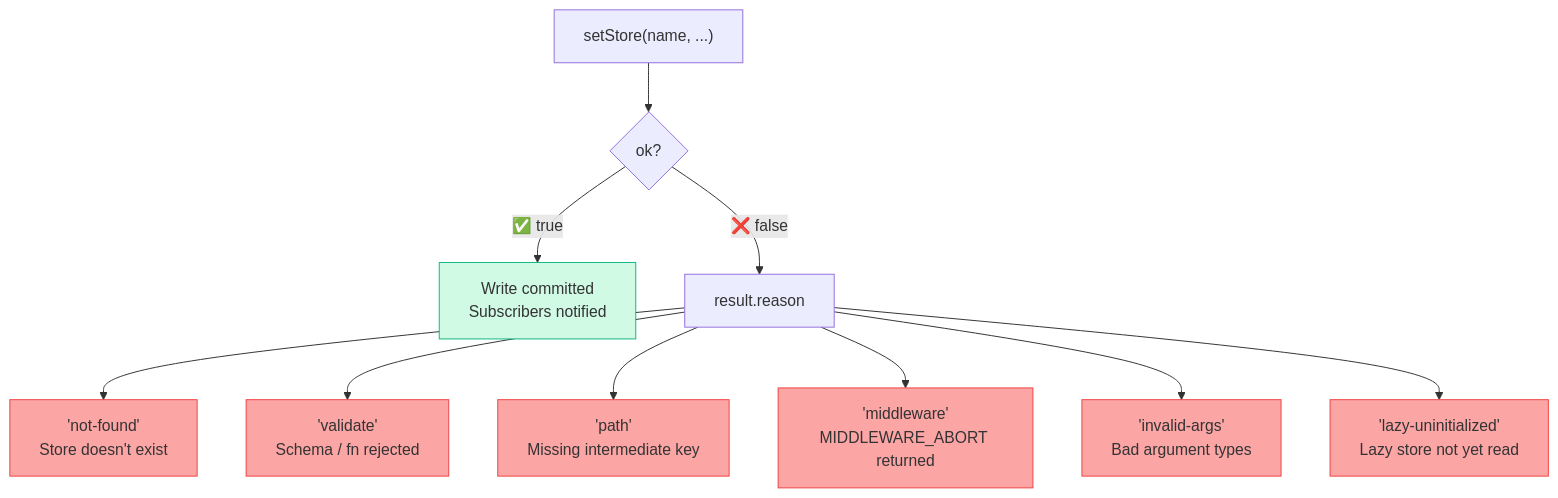
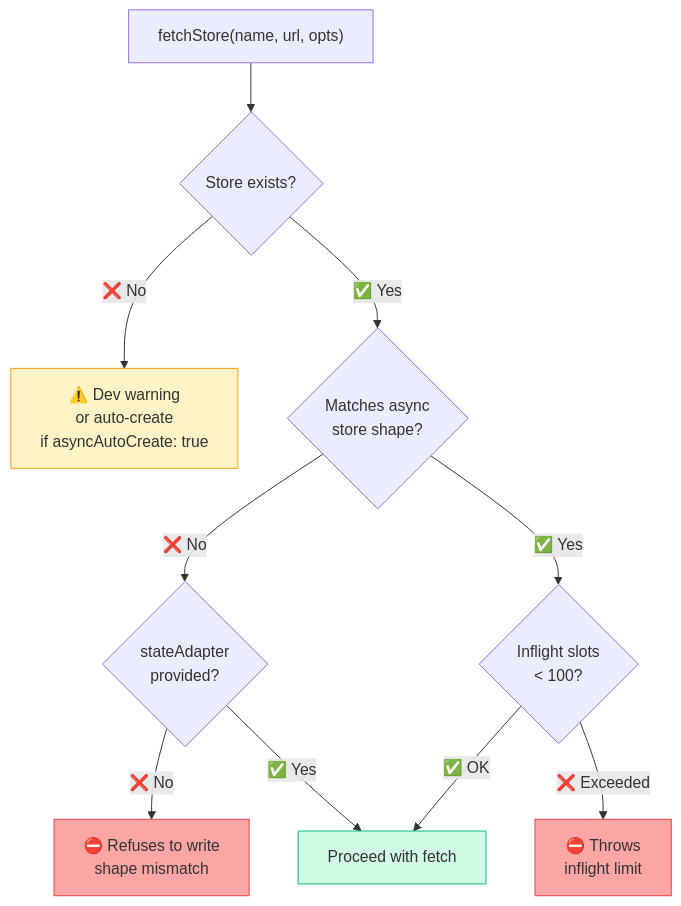
Before and after one commit to Himesh-Bhattarai/stroid: the seventh of 8 diagrams in docs/ASYNC/index.md, drawn with Mermaid. The commit also changed other lines of this file and 2 other files, not shown here.

````diff
--- a/docs/ASYNC/index.md
+++ b/docs/ASYNC/index.md
@@ -681,23 +528,23 @@
 ```mermaid
-flowchart TD
-    WRITE["setStore(name, ...)"]
+graph TD
+    FS["fetchStore(name, url, opts)"]
 
-    WRITE --> OK{"ok?"}
-    OK -- "✅ true" --> SUCCESS["Write committed\nSubscribers notified"]
-    OK -- "❌ false" --> REASON["result.reason"]
+    FS --> G1{"Store exists?"}
+    G1 -- "❌ No" --> WARN["⚠️ Dev warning\nor auto-create\nif asyncAutoCreate: true"]
+    G1 -- "✅ Yes" --> G2{"Matches async\nstore shape?"}
 
-    REASON --> R1["'not-found'\nStore doesn't exist"]
-    REASON --> R2["'validate'\nSchema / fn rejected"]
-    REASON --> R3["'path'\nMissing intermediate key"]
-    REASON --> R4["'middleware'\nMIDDLEWARE_ABORT returned"]
-    REASON --> R5["'invalid-args'\nBad argument types"]
-    REASON --> R6["'lazy-uninitialized'\nLazy store not yet read"]
+    G2 -- "❌ No" --> ADAPTER{"stateAdapter\nprovided?"}
+    ADAPTER -- "❌ No" --> REFUSE["⛔ Refuses to write\nshape mismatch"]
+    ADAPTER -- "✅ Yes" --> PROCEED
 
-    style SUCCESS fill:#d1fae5,stroke:#10b981
-    style R1 fill:#fca5a5,stroke:#ef4444
-    style R2 fill:#fca5a5,stroke:#ef4444
-    style R3 fill:#fca5a5,stroke:#ef4444
-    style R4 fill:#fca5a5,stroke:#ef4444
-    style R5 fill:#fca5a5,stroke:#ef4444
-    style R6 fill:#fca5a5,stroke:#ef4444
+    G2 -- "✅ Yes" --> G3{"Inflight slots\n< 100?"}
+    G3 -- "❌ Exceeded" --> THROW["⛔ Throws\ninflight limit"]
+    G3 -- "✅ OK" --> PROCEED
+
+    PROCEED["Proceed with fetch"]
+
+    style WARN fill:#fef3c7,stroke:#f59e0b
+    style REFUSE fill:#fca5a5,stroke:#ef4444
+    style THROW fill:#fca5a5,stroke:#ef4444
+    style PROCEED fill:#d1fae5,stroke:#10b981
 ```
````
